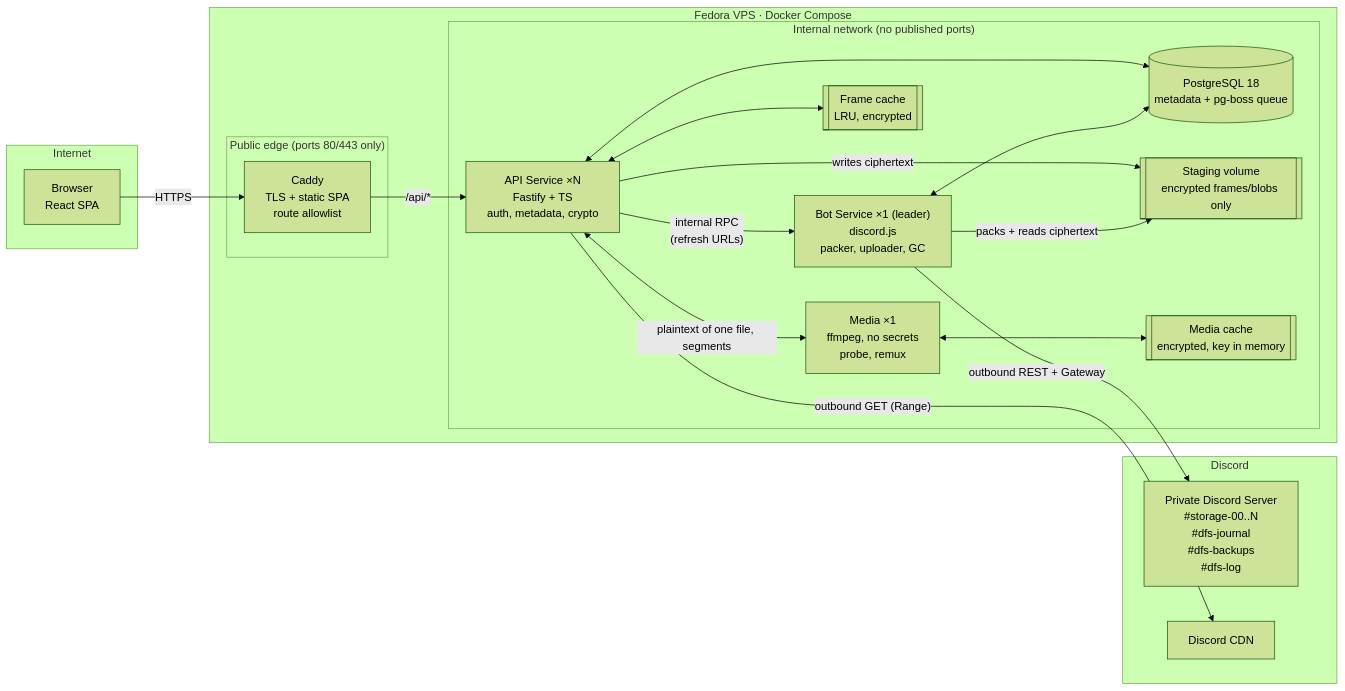
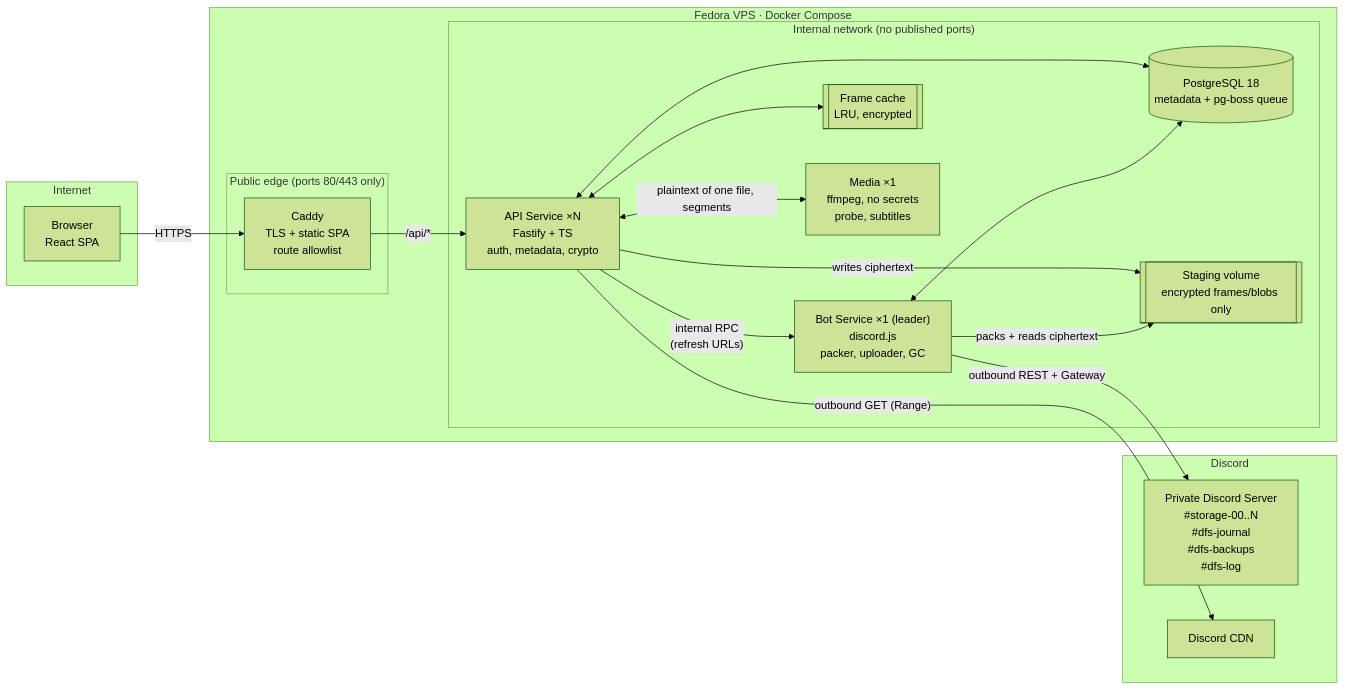
One commit to AlexB8675/DFS changed the first of 11 diagrams in docs/DESIGN.md. Above: the diagram before and after it, drawn with Mermaid (forest theme). The commit also changed other lines of this file and 23 other files, not shown here.

````diff
--- a/docs/DESIGN.md
+++ b/docs/DESIGN.md
@@ -67,39 +67,37 @@
 ```mermaid
 flowchart LR
     subgraph Client["Internet"]
         WEB["Browser<br/>React SPA"]
     end
 
     subgraph VPS["Fedora VPS · Docker Compose"]
         subgraph Edge["Public edge (ports 80/443 only)"]
             PROXY["Caddy<br/>TLS + static SPA<br/>route allowlist"]
         end
         subgraph Core["Internal network (no published ports)"]
             API["API Service ×N<br/>Fastify + TS<br/>auth, metadata, crypto"]
             BOT["Bot Service ×1 (leader)<br/>discord.js<br/>packer, uploader, GC"]
             PG[("PostgreSQL 18<br/>metadata + pg-boss queue")]
             STAGE[["Staging volume<br/>encrypted frames/blobs only"]]
             CACHE[["Frame cache<br/>LRU, encrypted"]]
-            MEDIA["Media ×1<br/>ffmpeg, no secrets<br/>probe, remux"]
-            MCACHE[["Media cache<br/>encrypted, key in memory"]]
+            MEDIA["Media ×1<br/>ffmpeg, no secrets<br/>probe, subtitles"]
         end
     end
 
     subgraph Discord
         GUILD["Private Discord Server<br/>#storage-00..N<br/>#dfs-journal<br/>#dfs-backups<br/>#dfs-log"]
         CDN["Discord CDN"]
     end
 
     WEB -- "HTTPS" --> PROXY
     PROXY -- "/api/*" --> API
     API <--> PG
     BOT <--> PG
     API -- writes ciphertext --> STAGE
     BOT -- "packs + reads ciphertext" --> STAGE
     API -- "internal RPC<br/>(refresh URLs)" --> BOT
     BOT -- "outbound REST + Gateway" --> GUILD
     API -- "outbound GET (Range)" --> CDN
     API <--> CACHE
     API <-->|"plaintext of one file, segments"| MEDIA
-    MEDIA <--> MCACHE
 ```
````
